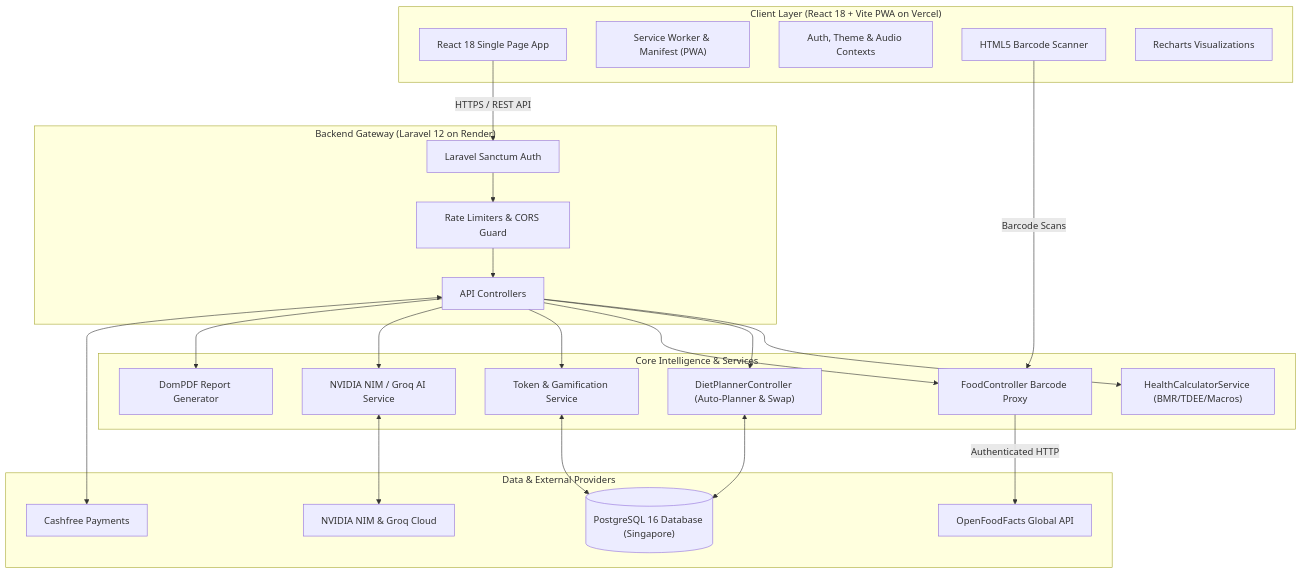
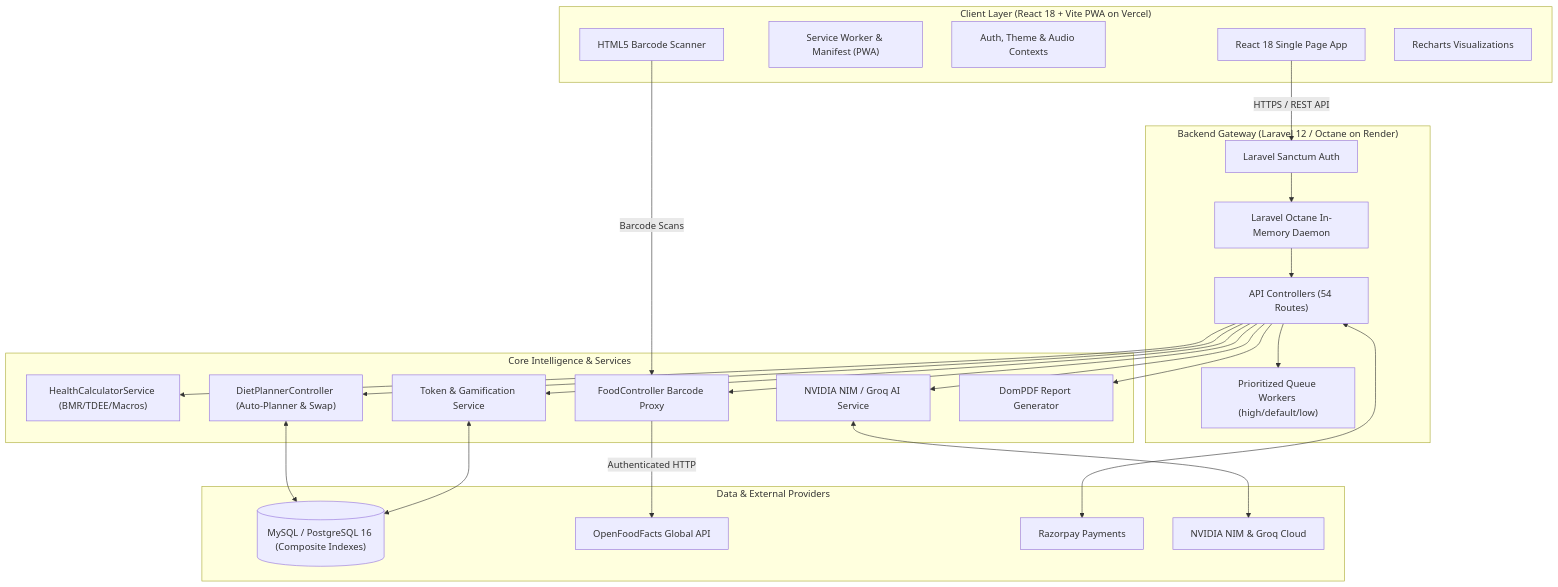
The diagram in README.md (Ankit8810770036/D-N), drawn with Mermaid before and after one commit. The commit also changed other lines of this file and 66 other files, not shown here.

Commit message:
feat: complete performance suite with Octane, queue workers, and mobile ergonomics

````diff
--- a/README.md
+++ b/README.md
@@ -80,50 +84,52 @@
 ```mermaid
 flowchart TD
     subgraph ClientLayer ["Client Layer (React 18 + Vite PWA on Vercel)"]
         SPA["React 18 Single Page App"]
         PWA["Service Worker & Manifest (PWA)"]
         Contexts["Auth, Theme & Audio Contexts"]
         Scanner["HTML5 Barcode Scanner"]
         Charts["Recharts Visualizations"]
     end
 
-    subgraph APIGateway ["Backend Gateway (Laravel 12 on Render)"]
+    subgraph APIGateway ["Backend Gateway (Laravel 12 / Octane on Render)"]
         Sanctum["Laravel Sanctum Auth"]
-        Throttle["Rate Limiters & CORS Guard"]
-        Controllers["API Controllers"]
+        Octane["Laravel Octane In-Memory Daemon"]
+        Queues["Prioritized Queue Workers (high/default/low)"]
+        Controllers["API Controllers (54 Routes)"]
     end
 
     subgraph ServicesLayer ["Core Intelligence & Services"]
         CalcEngine["HealthCalculatorService (BMR/TDEE/Macros)"]
         MealEngine["DietPlannerController (Auto-Planner & Swap)"]
         BarcodeProxy["FoodController Barcode Proxy"]
         TokenService["Token & Gamification Service"]
         AIService["NVIDIA NIM / Groq AI Service"]
         PDFService["DomPDF Report Generator"]
     end
 
     subgraph DataLayer ["Data & External Providers"]
-        PostgreSQL[("PostgreSQL 16 Database (Singapore)")]
+        Database[("MySQL / PostgreSQL 16 (Composite Indexes)")]
         OpenFoodFacts["OpenFoodFacts Global API"]
-        Cashfree["Cashfree Payments"]
+        Razorpay["Razorpay Payments"]
         AICloud["NVIDIA NIM & Groq Cloud"]
     end
 
     SPA -->|HTTPS / REST API| Sanctum
     Scanner -->|Barcode Scans| BarcodeProxy
-    Sanctum --> Throttle
-    Throttle --> Controllers
+    Sanctum --> Octane
+    Octane --> Controllers
+    Controllers --> Queues
 
     Controllers --> CalcEngine
     Controllers --> MealEngine
     Controllers --> BarcodeProxy
     Controllers --> TokenService
     Controllers --> AIService
     Controllers --> PDFService
 
-    MealEngine <--> PostgreSQL
-    TokenService <--> PostgreSQL
+    MealEngine <--> Database
+    TokenService <--> Database
     BarcodeProxy -->|Authenticated HTTP| OpenFoodFacts
     AIService <--> AICloud
-    Controllers <--> Cashfree
+    Controllers <--> Razorpay
 ```
````
